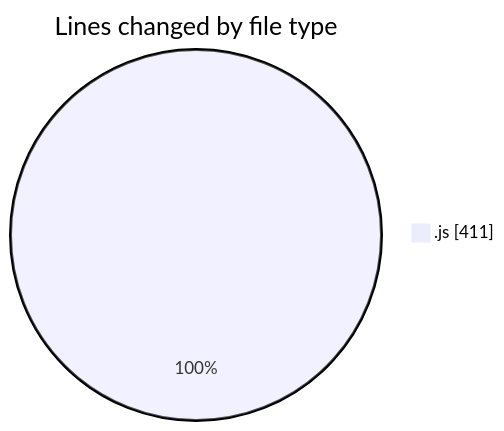
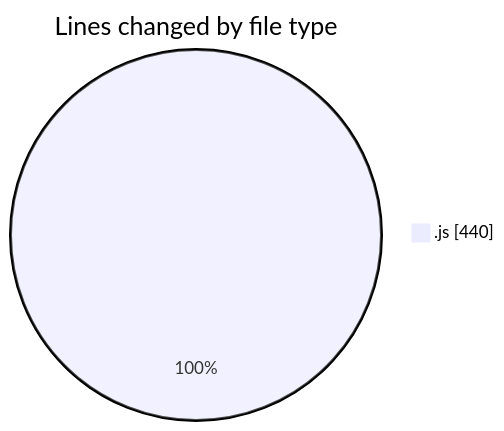
Before and after one commit to nxtqubesakshisongat/code-tracking: the first of 2 diagrams in 2025-10-10/nxtqube_webapp/README.md, drawn with Mermaid. The commit also changed other lines of this file and 1 other file, not shown here.

````diff
--- a/2025-10-10/nxtqube_webapp/README.md
+++ b/2025-10-10/nxtqube_webapp/README.md
@@ -20,5 +20,5 @@
 ```mermaid
 pie showData
 title Lines changed by file type
-".js" : 411
+".js" : 440
 ```
````
